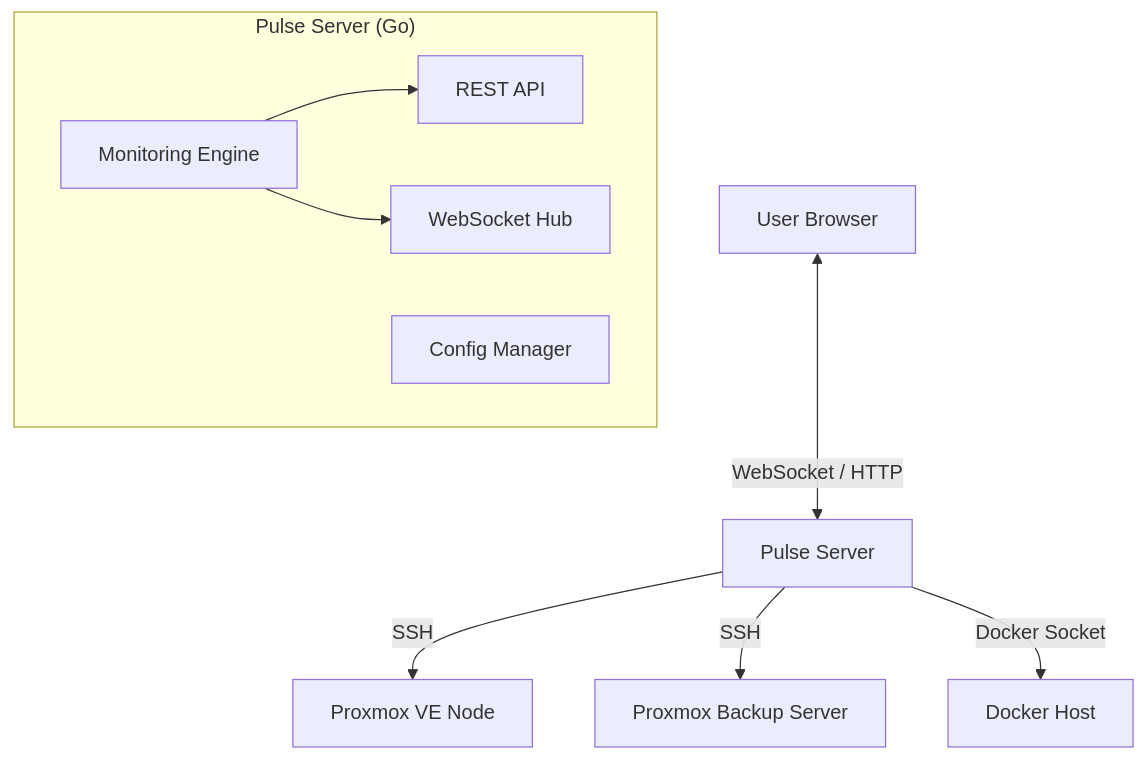
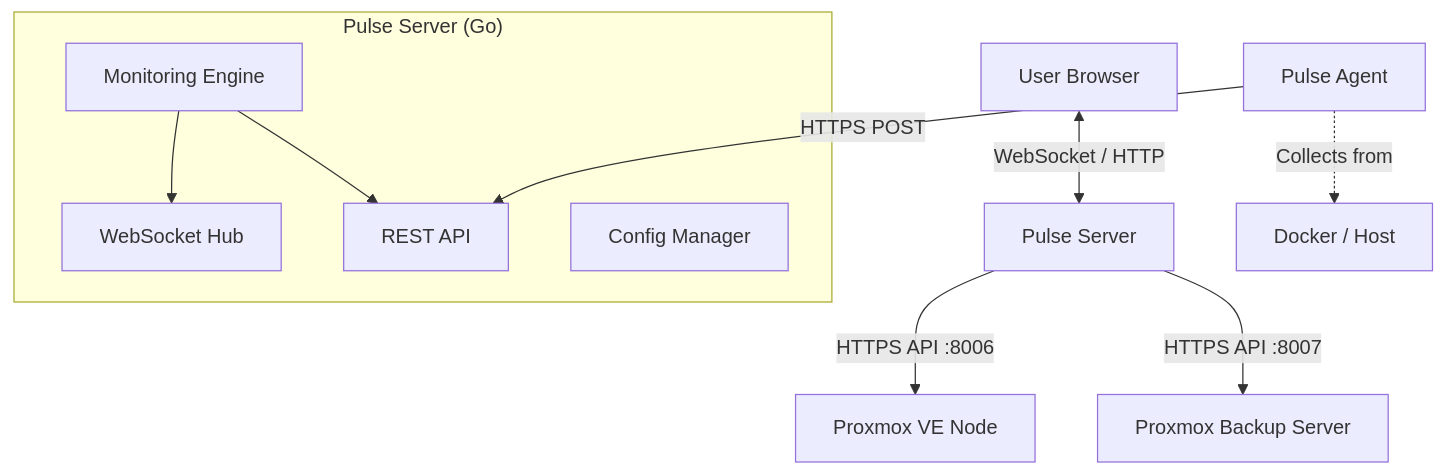
One commit to rcourtman/Pulse changed the diagram in ARCHITECTURE.md. Above: the diagram before and after it, drawn with Mermaid. The commit also changed other lines of this file, not shown here.

First line of the commit message:
Fix inaccurate architecture documentation

````diff
--- a/ARCHITECTURE.md
+++ b/ARCHITECTURE.md
@@ -9,18 +9,19 @@
 ```mermaid
 graph TD
     User[User Browser] <-->|WebSocket / HTTP| Pulse[Pulse Server]
-    
+
     subgraph "Pulse Server (Go)"
         API[REST API]
         WS[WebSocket Hub]
         Monitor[Monitoring Engine]
         Config[Config Manager]
     end
-    
-    Pulse -->|SSH| PVE[Proxmox VE Node]
-    Pulse -->|SSH| PBS[Proxmox Backup Server]
-    Pulse -->|Docker Socket| Docker[Docker Host]
-    
+
+    Pulse -->|HTTPS API :8006| PVE[Proxmox VE Node]
+    Pulse -->|HTTPS API :8007| PBS[Proxmox Backup Server]
+    Agent[Pulse Agent] -->|HTTPS POST| API
+    Agent -.->|Collects from| DockerHost[Docker / Host]
+
     Monitor --> WS
     Monitor --> API
 ```
````
